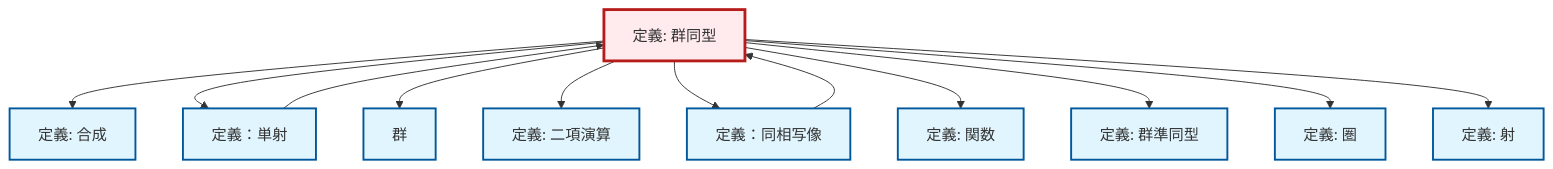
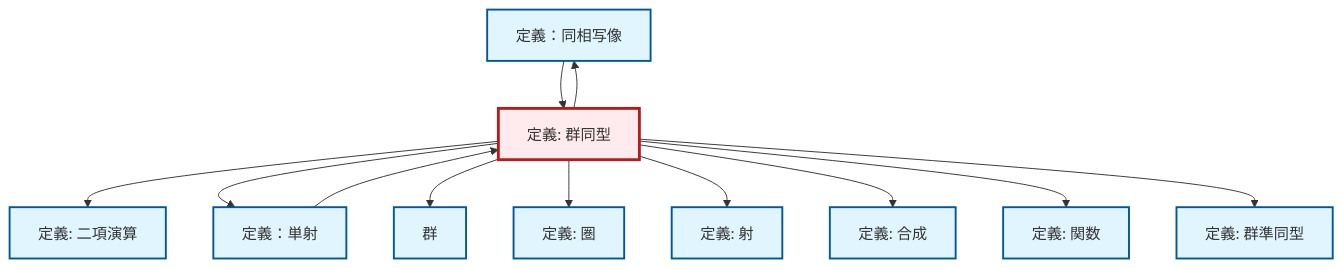
Before and after one commit to RK0429/ModernMath: the diagram in content/ja/algebra/def-isomorphism.qmd, drawn with Mermaid. The commit also changed 672 other files, not shown here.

````diff
--- a/content/ja/algebra/def-isomorphism.qmd
+++ b/content/ja/algebra/def-isomorphism.qmd
@@ -114,40 +114,40 @@
 ```{mermaid}
-%%| fig-cap: "Local dependency graph"
+%%| fig-cap: "ローカル依存関係グラフ"
 graph TD
     classDef definition fill:#e1f5fe,stroke:#01579b,stroke-width:2px
     classDef theorem fill:#f3e5f5,stroke:#4a148c,stroke-width:2px
     classDef axiom fill:#fff3e0,stroke:#e65100,stroke-width:2px
     classDef example fill:#e8f5e9,stroke:#1b5e20,stroke-width:2px
     classDef current fill:#ffebee,stroke:#b71c1c,stroke-width:3px
+    def-homeomorphism["定義：同相写像"]:::definition
+    def-binary-operation["定義: 二項演算"]:::definition
+    def-morphism["定義: 射"]:::definition
     def-isomorphism["定義: 群同型"]:::definition
-    def-binary-operation["定義: 二項演算"]:::definition
+    def-function["定義: 関数"]:::definition
     def-composition["定義: 合成"]:::definition
-    def-homeomorphism["定義：同相写像"]:::definition
+    def-homomorphism["定義: 群準同型"]:::definition
+    def-group["群"]:::definition
     def-category["定義: 圏"]:::definition
     def-monomorphism["定義：単射"]:::definition
-    def-function["定義: 関数"]:::definition
-    def-homomorphism["定義: 群準同型"]:::definition
-    def-morphism["定義: 射"]:::definition
-    def-group["群"]:::definition
-    def-isomorphism --> def-composition
-    def-monomorphism --> def-isomorphism
+    def-isomorphism --> def-binary-operation
     def-isomorphism --> def-monomorphism
     def-isomorphism --> def-group
-    def-isomorphism --> def-binary-operation
+    def-isomorphism --> def-category
+    def-homeomorphism --> def-isomorphism
+    def-isomorphism --> def-morphism
+    def-monomorphism --> def-isomorphism
+    def-isomorphism --> def-composition
+    def-isomorphism --> def-function
     def-isomorphism --> def-homeomorphism
-    def-isomorphism --> def-function
     def-isomorphism --> def-homomorphism
-    def-homeomorphism --> def-isomorphism
-    def-isomorphism --> def-category
-    def-isomorphism --> def-morphism
     class def-isomorphism current
+    click def-homeomorphism "def-homeomorphism.html" "定義：同相写像へ"
     click def-binary-operation "def-binary-operation.html" "二項演算の定義へ"
+    click def-morphism "def-morphism.html" "射の定義へ"
+    click def-function "def-function.html" "関数の定義へ"
     click def-composition "def-composition.html" "合成の定義へ"
-    click def-homeomorphism "def-homeomorphism.html" "定義：同相写像へ"
+    click def-homomorphism "def-homomorphism.html" "群準同型の定義へ"
+    click def-group "def-group.html" "群へ"
     click def-category "def-category.html" "圏の定義へ"
     click def-monomorphism "def-monomorphism.html" "定義：単射へ"
-    click def-function "def-function.html" "関数の定義へ"
-    click def-homomorphism "def-homomorphism.html" "群準同型の定義へ"
-    click def-morphism "def-morphism.html" "射の定義へ"
-    click def-group "def-group.html" "群へ"
 ```
````
